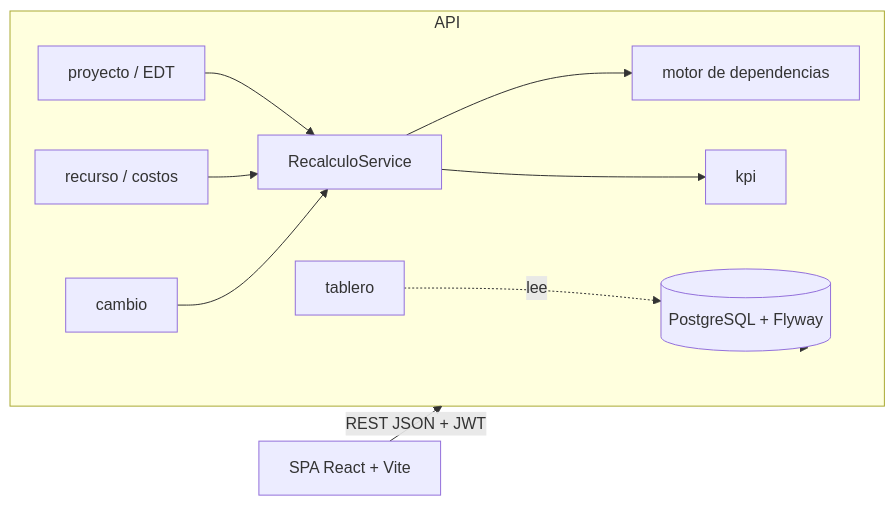
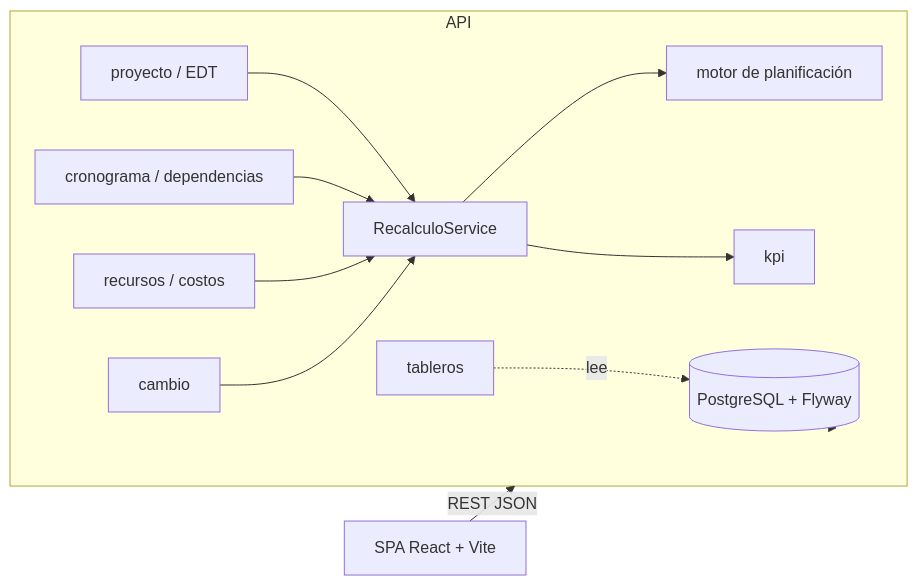
One commit to ManuelCaceresDuocUC/gestion-proyectos changed the diagram in docs/arquitectura.md. Above: the diagram before and after it, drawn with Mermaid. The commit also changed other lines of this file and 2 other files, not shown here.

````diff
--- a/docs/arquitectura.md
+++ b/docs/arquitectura.md
@@ -5,13 +5,14 @@
 ```mermaid
 flowchart LR
-  UI[SPA React + Vite] -->|REST JSON + JWT| API[API Spring Boot]
+  UI[SPA React + Vite] -->|REST JSON| API[API Spring Boot]
   API --> DB[(PostgreSQL + Flyway)]
   subgraph API
     P[proyecto / EDT] --> R[RecalculoService]
-    RC[recurso / costos] --> R
+    CR[cronograma / dependencias] --> R
+    RC[recursos / costos] --> R
     C[cambio] --> R
-    R --> M[motor de dependencias]
+    R --> M[motor de planificación]
     R --> K[kpi]
-    T[tablero] -.lee.-> DB
+    T[tableros] -.lee.-> DB
   end
 ```
````
